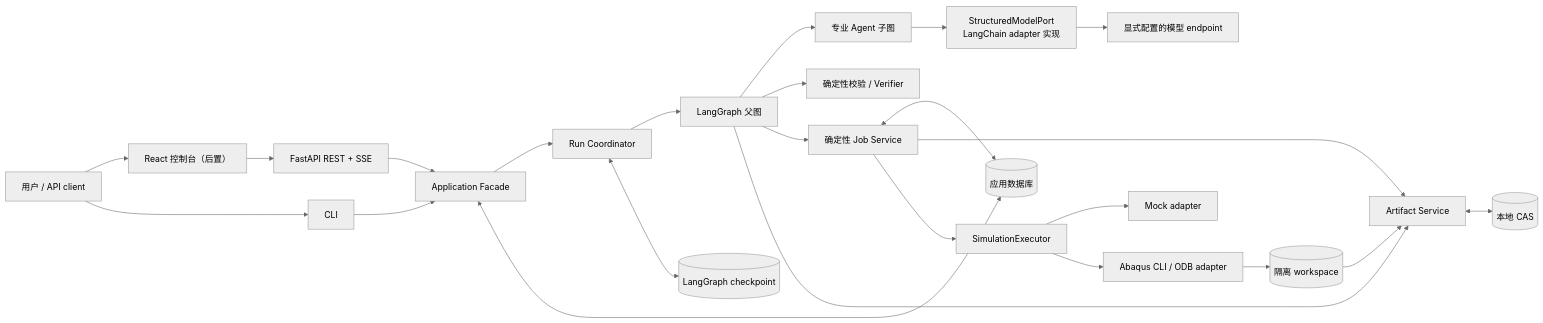
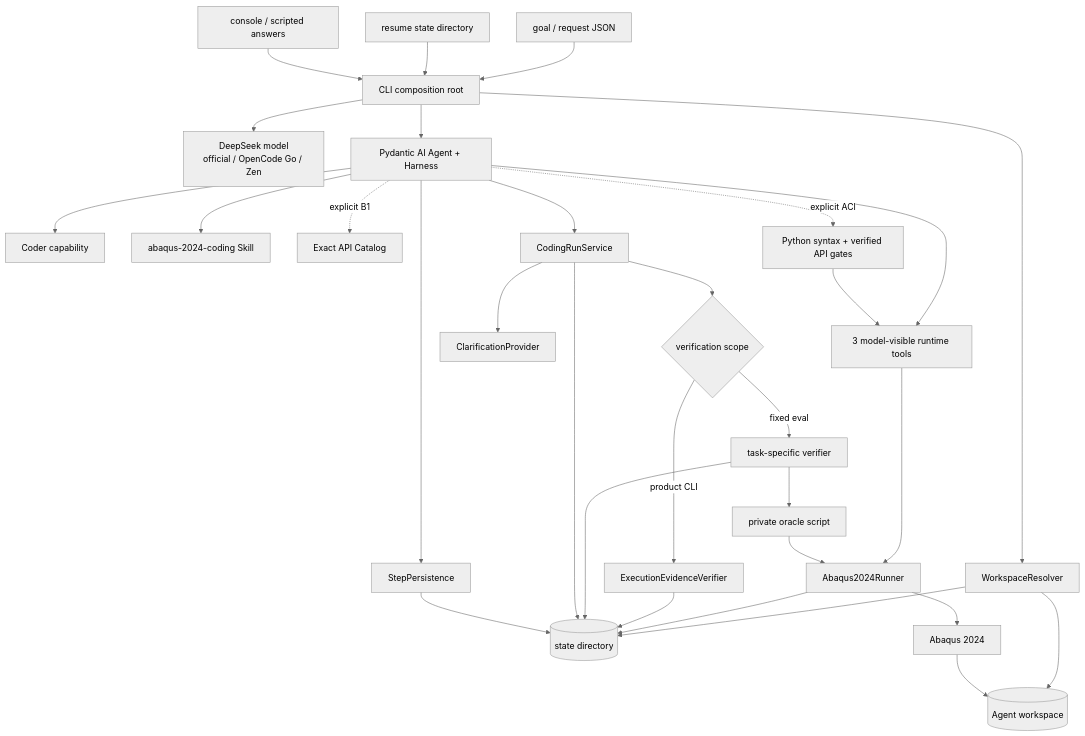
Before and after one commit to Misty02600/abaqus-sim-agent: the diagram in docs/architecture/system-framework.md, drawn with Mermaid (neutral theme). The commit also changed other lines of this file and 933 other files, not shown here.

````diff
--- a/docs/architecture/system-framework.md
+++ b/docs/architecture/system-framework.md
@@ -19,29 +25,33 @@
 ```mermaid
-flowchart LR
-    User["用户 / API client"] --> UI["React 控制台（后置）"]
-    User --> CLI["CLI"]
-    UI --> API["FastAPI REST + SSE"]
-    CLI --> App["Application Facade"]
-    API --> App
-
-    App --> Coordinator["Run Coordinator"]
-    Coordinator --> Graph["LangGraph 父图"]
-    Graph --> Subgraphs["专业 Agent 子图"]
-    Subgraphs --> ModelAccess["StructuredModelPort<br/>LangChain adapter 实现"]
-    ModelAccess --> ModelEndpoint["显式配置的模型 endpoint"]
-    Graph --> Validators["确定性校验 / Verifier"]
-    Graph --> JobService["确定性 Job Service"]
-
-    Coordinator <--> Checkpoint[("LangGraph checkpoint")]
-    App <--> AppDB[("应用数据库")]
-    JobService <--> AppDB
-    Graph --> Artifact["Artifact Service"]
-    JobService --> Artifact
-    Artifact <--> CAS[("本地 CAS")]
-
-    JobService --> Executor["SimulationExecutor"]
-    Executor --> Mock["Mock adapter"]
-    Executor --> Abaqus["Abaqus CLI / ODB adapter"]
-    Abaqus --> Workspace[("隔离 workspace")]
-    Workspace --> Artifact
+flowchart TD
+    Request["goal / request JSON"] --> CLI["CLI composition root"]
+    Resume["resume state directory"] --> CLI
+    Answers["console / scripted answers"] --> CLI
+    CLI --> Resolver["WorkspaceResolver"]
+    CLI --> Model["DeepSeek model<br/>official / OpenCode Go / Zen"]
+    CLI --> Agent["Pydantic AI Agent + Harness"]
+    Resolver --> Workspace[("Agent workspace")]
+    Resolver --> State[("state directory")]
+    Agent --> Coder["Coder capability"]
+    Agent --> Skill["abaqus-2024-coding Skill"]
+    Agent --> Steps["StepPersistence"]
+    Agent -. "explicit B1" .-> ApiCatalog["Exact API Catalog"]
+    Agent --> RuntimeTools["3 model-visible runtime tools"]
+    Agent -. "explicit ACI" .-> Static["Python syntax + verified API gates"]
+    Static --> RuntimeTools
+    RuntimeTools --> Runner["Abaqus2024Runner"]
+    Runner --> Vendor["Abaqus 2024"]
+    Vendor --> Workspace
+    Runner --> State
+    Agent --> Service["CodingRunService"]
+    Service --> Clarification["ClarificationProvider"]
+    Service --> Scope{"verification scope"}
+    Scope -- "product CLI" --> ExecVerifier["ExecutionEvidenceVerifier"]
+    Scope -- "fixed eval" --> HostVerifier["task-specific verifier"]
+    HostVerifier --> TrustedOracle["private oracle script"]
+    TrustedOracle --> Runner
+    ExecVerifier --> State
+    HostVerifier --> State
+    Service --> State
+    Steps --> State
 ```
````
